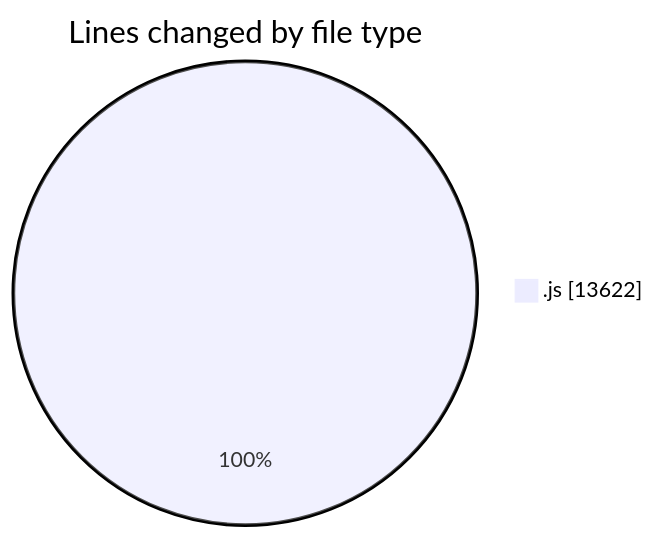
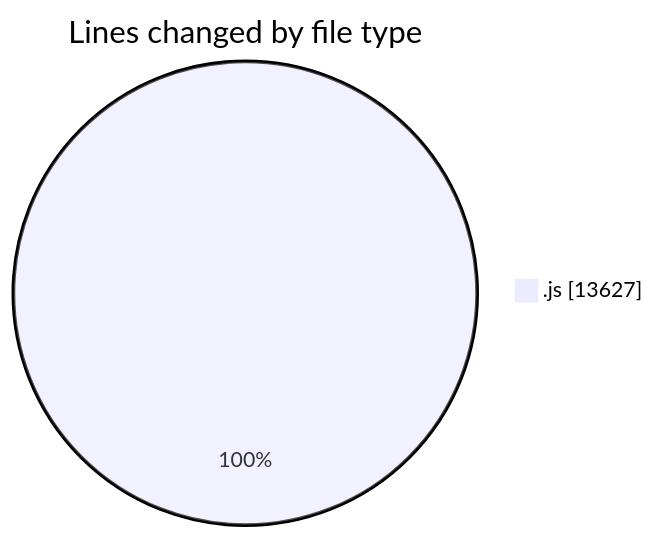
The first of 2 diagrams in 2025-12-09/nxtqube_webapp/README.md (nxtqubesakshisongat/code-tracking), drawn with Mermaid before and after one commit. The commit also changed other lines of this file and 1 other file, not shown here.

````diff
--- a/2025-12-09/nxtqube_webapp/README.md
+++ b/2025-12-09/nxtqube_webapp/README.md
@@ -20,5 +20,5 @@
 ```mermaid
 pie showData
 title Lines changed by file type
-".js" : 13622
+".js" : 13627
 ```
````
